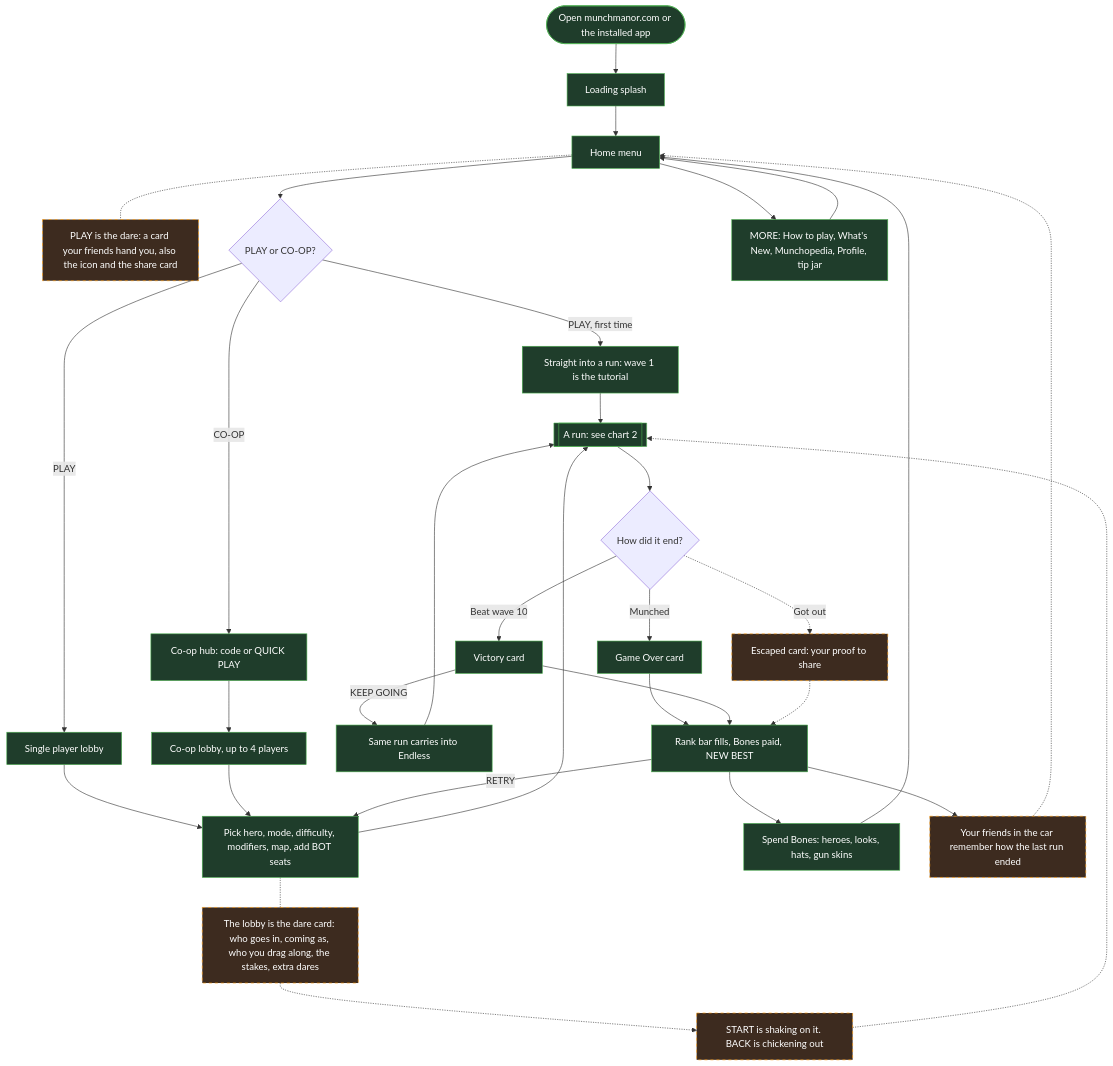
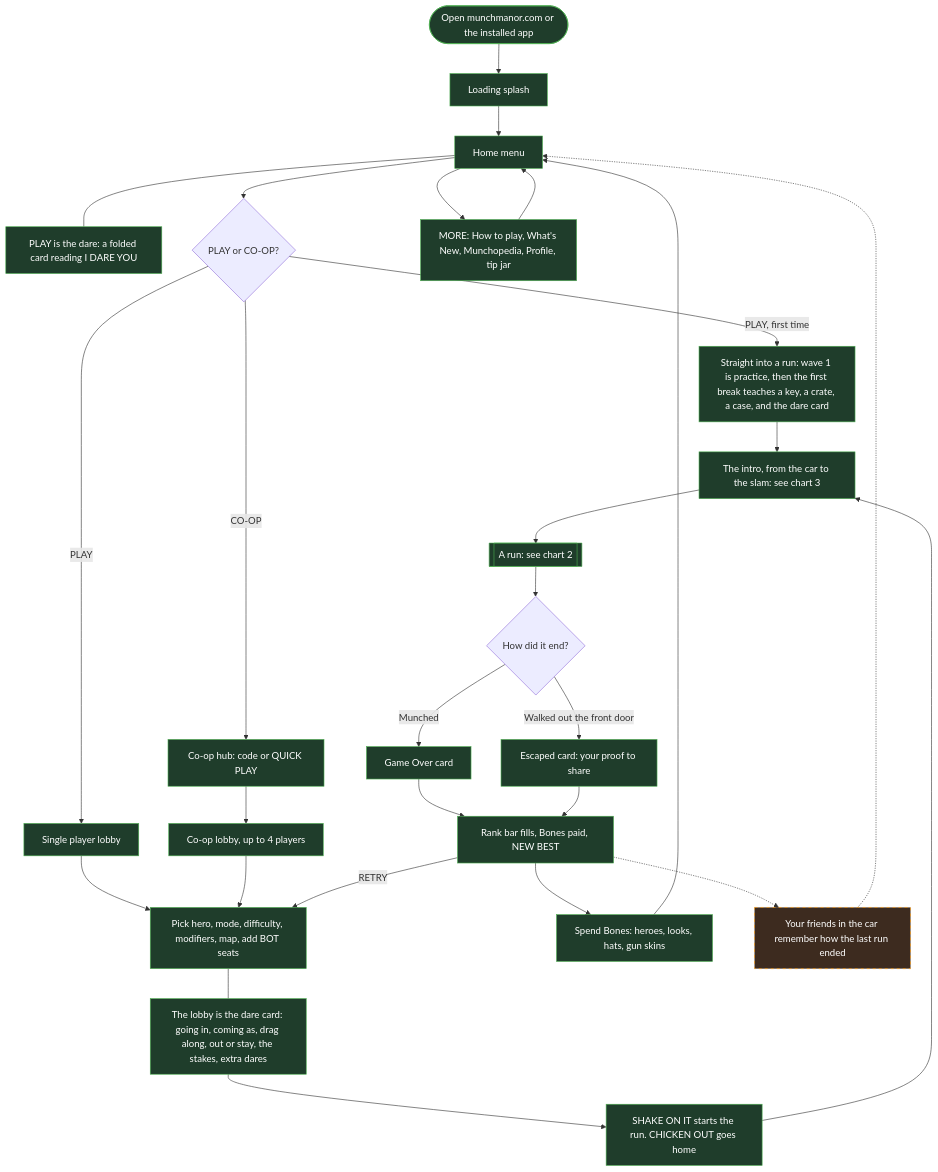
The second of 7 diagrams in FLOW.md (Tanner-Scadden/munch-manor), drawn with Mermaid before and after one commit. The commit also changed other lines of this file and 5 other files, not shown here.

````diff
--- a/FLOW.md
+++ b/FLOW.md
@@ -23,45 +23,40 @@
 ```mermaid
 flowchart TD
   link([Open munchmanor.com or the installed app]):::built --> splash[Loading splash]:::built
   splash --> home
-  home -.- dareArt[PLAY is the dare: a card your friends hand you, also the icon and the share card]:::proposed
+  home --- dareArt[PLAY is the dare: a folded card reading I DARE YOU]:::built
 
   home[Home menu]:::built --> playBtn{PLAY or CO-OP?}
   home --> more[MORE: How to play, What's New, Munchopedia, Profile, tip jar]:::built
   more --> home
 
-  playBtn -->|PLAY, first time| tutorial[Straight into a run: wave 1 is the tutorial]:::built
+  playBtn -->|PLAY, first time| tutorial[Straight into a run: wave 1 is practice, then the first break teaches a key, a crate, a case, and the dare card]:::built
   playBtn -->|PLAY| lobby[Single player lobby]:::built
   playBtn -->|CO-OP| coop[Co-op hub: code or QUICK PLAY]:::built
 
   lobby --> picks[Pick hero, mode, difficulty, modifiers, map, add BOT seats]:::built
   coop --> coopLobby[Co-op lobby, up to 4 players]:::built
   coopLobby --> picks
 
-  picks -.- dareCard[The lobby is the dare card: who goes in, coming as, who you drag along, the stakes, extra dares]:::proposed
-  dareCard -.-> shake[START is shaking on it. BACK is chickening out]:::proposed
-  shake -.-> run
-  picks --> run[[A run: see chart 2]]:::built
-  tutorial --> run
+  picks --- dareCard[The lobby is the dare card: going in, coming as, drag along, out or stay, the stakes, extra dares]:::built
+  dareCard --> shake[SHAKE ON IT starts the run. CHICKEN OUT goes home]:::built
+  shake --> intro[The intro, from the car to the slam: see chart 3]:::built
+  intro --> run[[A run: see chart 2]]:::built
+  tutorial --> intro
 
   run --> ended{How did it end?}
   ended -->|Munched| gameOver[Game Over card]:::built
-  ended -->|Beat wave 10| victory[Victory card]:::built
-  ended -.->|Got out| escaped[Escaped card: your proof to share]:::proposed
-
-  victory -->|KEEP GOING| endless[Same run carries into Endless]:::built
-  endless --> run
+  ended -->|Walked out the front door| escaped[Escaped card: your proof to share]:::built
 
   gameOver --> reward[Rank bar fills, Bones paid, NEW BEST]:::built
-  victory --> reward
-  escaped -.-> reward
+  escaped --> reward
 
   reward --> spend[Spend Bones: heroes, looks, hats, gun skins]:::built
-  reward --> rattlesMemory[Your friends in the car remember how the last run ended]:::proposed
+  reward -.-> rattlesMemory[Your friends in the car remember how the last run ended]:::proposed
   spend --> home
   rattlesMemory -.-> home
   reward -->|RETRY| picks
 
   classDef built fill:#1f3d2b,stroke:#4caf50,color:#fff
   classDef proposed fill:#3d2b1f,stroke:#ff9800,color:#fff,stroke-dasharray: 5 5
 ```
````
